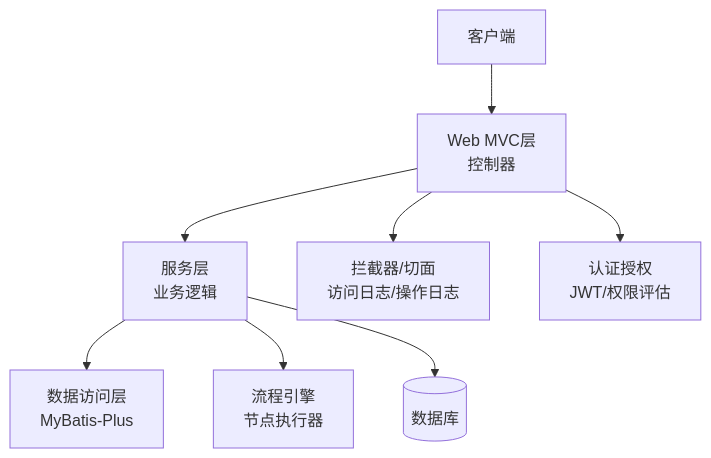
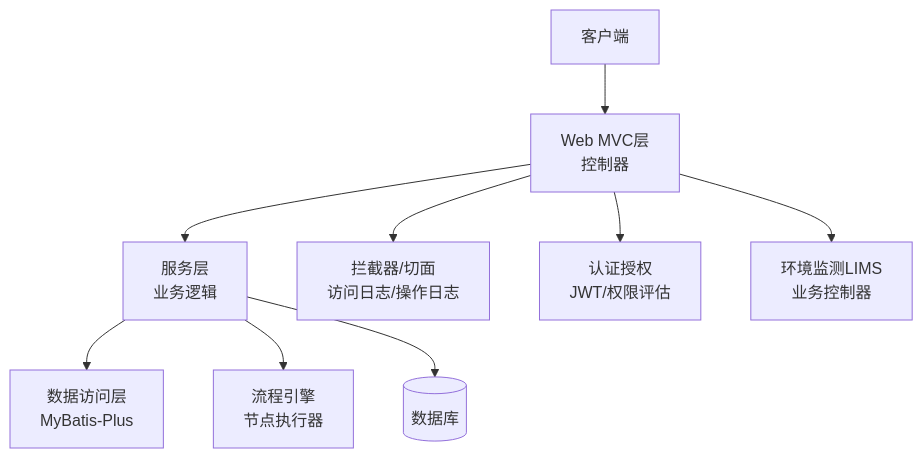
The first of 10 diagrams in .qoder/repowiki/zh/content/API接口文档/API接口文档.md (liming-lihaini/workflow), drawn with Mermaid before and after one commit. The commit also changed other lines of this file and 45 other files, not shown here.

````diff
--- a/.qoder/repowiki/zh/content/API接口文档/API接口文档.md
+++ b/.qoder/repowiki/zh/content/API接口文档/API接口文档.md
@@ -62,10 +84,11 @@
 ```mermaid
 graph TB
 Client["客户端"] --> Web["Web MVC层<br/>控制器"]
 Web --> Service["服务层<br/>业务逻辑"]
 Service --> Mapper["数据访问层<br/>MyBatis-Plus"]
 Service --> Engine["流程引擎<br/>节点执行器"]
 Service --> DB[(数据库)]
 Web --> Interceptor["拦截器/切面<br/>访问日志/操作日志"]
 Web --> Auth["认证授权<br/>JWT/权限评估"]
+Web --> EMS["环境监测LIMS<br/>业务控制器"]
 ```
````
